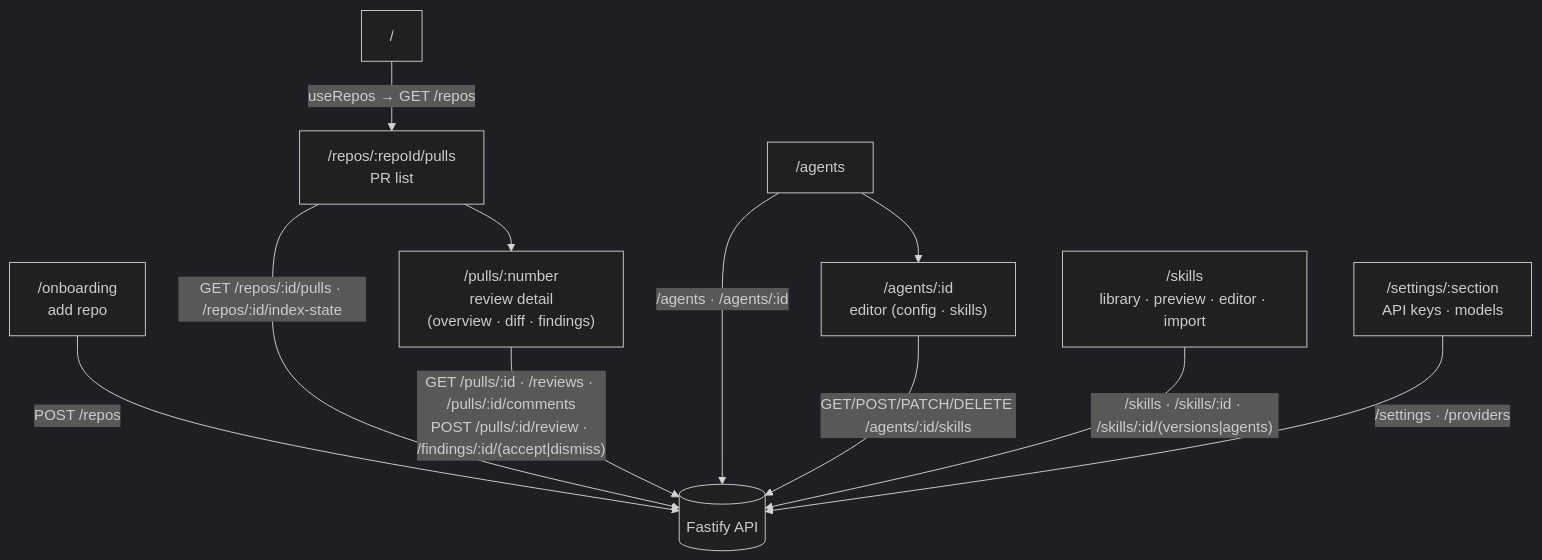
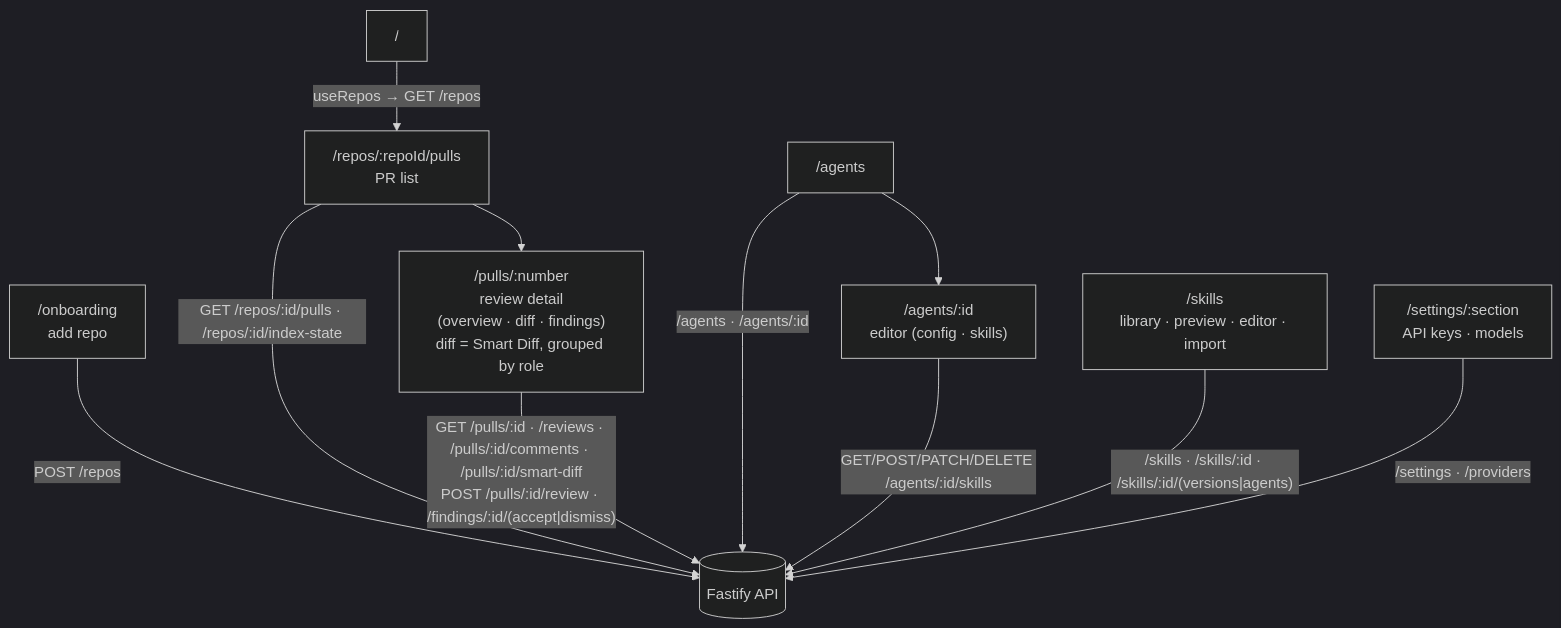
One commit to KyryloMyronov/dev-digest changed the diagram in client/README.md. Above: the diagram before and after it, drawn with Mermaid (dark theme). The commit also changed other lines of this file and 43 other files, not shown here.

````diff
--- a/client/README.md
+++ b/client/README.md
@@ -24,17 +24,17 @@
 ```mermaid
 flowchart TD
   ROOT["/"] -->|"useRepos → GET /repos"| PULLS["/repos/:repoId/pulls<br/>PR list"]
   ONB["/onboarding<br/>add repo"] -->|"POST /repos"| API[("Fastify API")]
-  PULLS --> PR["/pulls/:number<br/>review detail<br/>(overview · diff · findings)"]
+  PULLS --> PR["/pulls/:number<br/>review detail<br/>(overview · diff · findings)<br/>diff = Smart Diff, grouped by role"]
 
   AGENTS["/agents"] --> AGENT["/agents/:id<br/>editor (config · skills)"]
   SKILLS["/skills<br/>library · preview · editor · import"]
   SETTINGS["/settings/:section<br/>API keys · models"]
 
   PULLS -->|"GET /repos/:id/pulls · /repos/:id/index-state"| API
-  PR -->|"GET /pulls/:id · /reviews · /pulls/:id/comments<br/>POST /pulls/:id/review · /findings/:id/(accept|dismiss)"| API
+  PR -->|"GET /pulls/:id · /reviews · /pulls/:id/comments · /pulls/:id/smart-diff<br/>POST /pulls/:id/review · /findings/:id/(accept|dismiss)"| API
   AGENTS -->|"/agents · /agents/:id"| API
   AGENT -->|"GET/POST/PATCH/DELETE /agents/:id/skills"| API
   SKILLS -->|"/skills · /skills/:id · /skills/:id/(versions|agents)"| API
   SETTINGS -->|"/settings · /providers"| API
 ```
````
